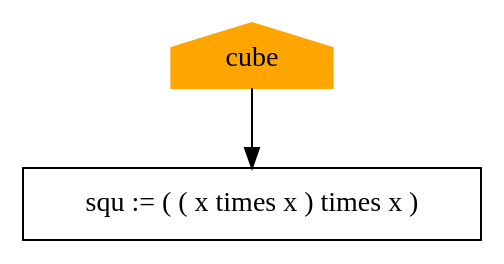
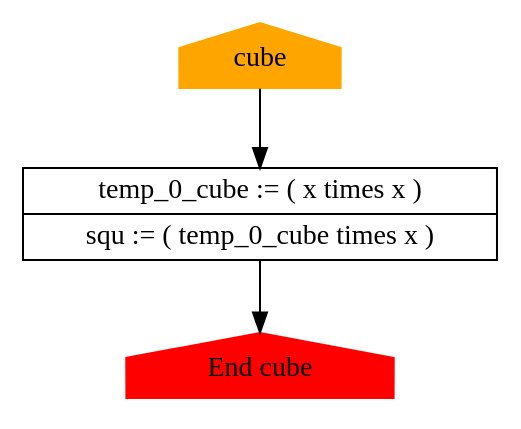
Before and after one commit to AloveIs/COT_lab: the diagram in cubeCFG.gv, drawn with Graphviz. The commit also changed 15 other files, not shown here.

```diff
--- a/cubeCFG.gv
+++ b/cubeCFG.gv
@@ -1,5 +1,7 @@
 digraph cubeCFG {
-	140625506585504 [label=cube color=orange shape=house style=filled]
-	140625506585504 -> 140625506110480
-	140625506110480 [label="{squ := ( ( x times x ) times x )}" shape=record]
+	140700635506032 [label=cube color=orange shape=house style=filled]
+	0 [label="End cube" color=red shape=house style=filled]
+	140700635506032 -> 140700635512784
+	140700635512784 [label="{temp_0_cube := ( x times x )|squ := ( temp_0_cube times x )}" shape=record]
+	140700635512784 -> 0
 }
```
